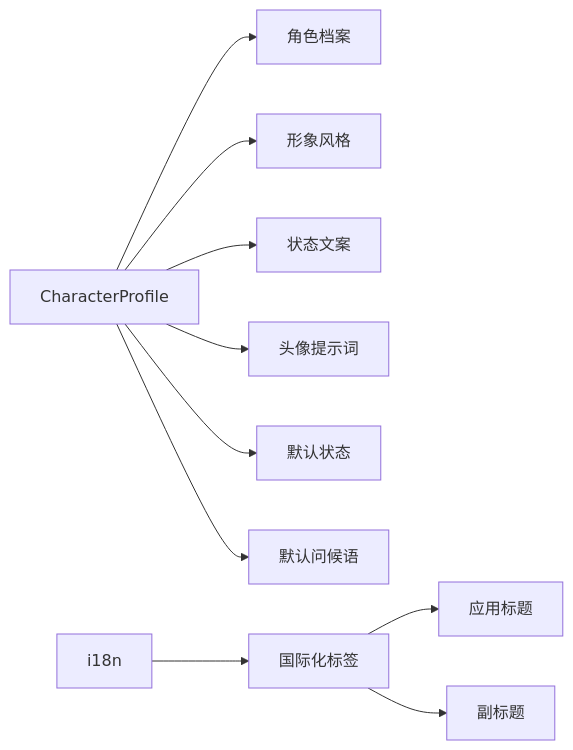
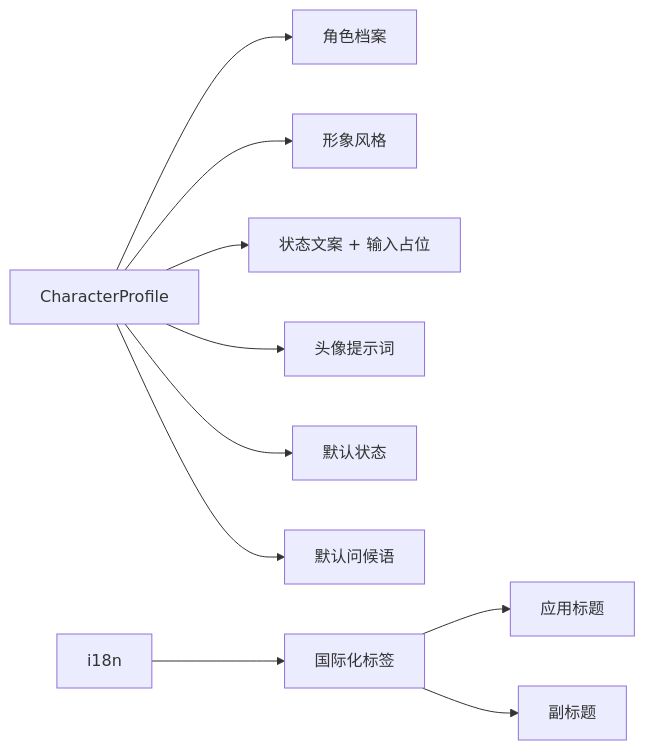
Before and after one commit to SaltedFish-No1/npc: the tenth of 10 diagrams in web/docs/web-arch.md, drawn with Mermaid. The commit also changed other lines of this file and 62 other files, not shown here.

````diff
--- a/web/docs/web-arch.md
+++ b/web/docs/web-arch.md
@@ -254,12 +260,12 @@
 ```mermaid
 flowchart LR
     A[CharacterProfile] --> B[角色档案]
     A --> C[形象风格]
-    A --> D[状态文案]
+    A --> D[状态文案 + 输入占位]
     A --> E[头像提示词]
     A --> F[默认状态]
     A --> G[默认问候语]
     H[i18n] --> I[国际化标签]
     I --> J[应用标题]
     I --> K[副标题]
 ```
````
